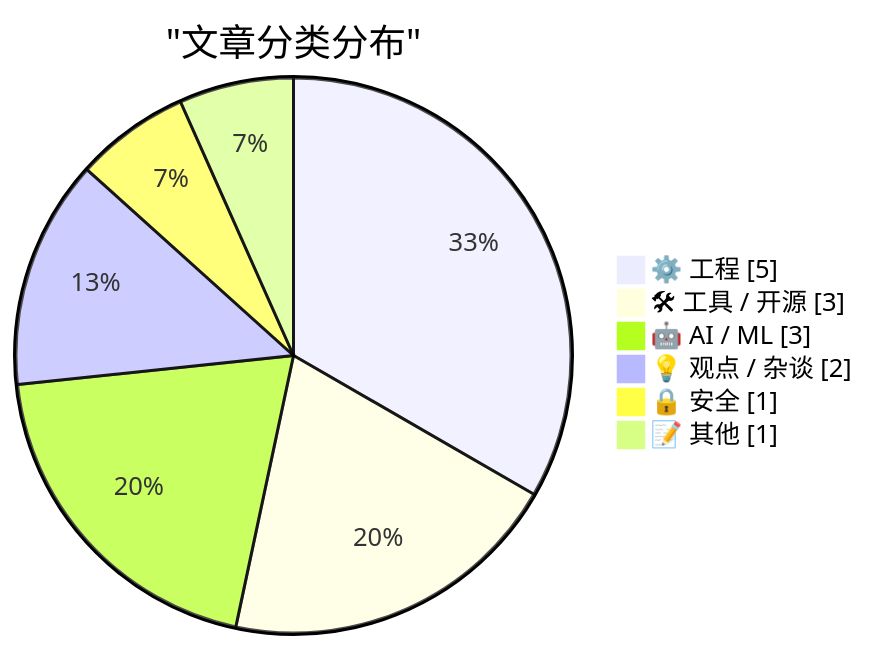
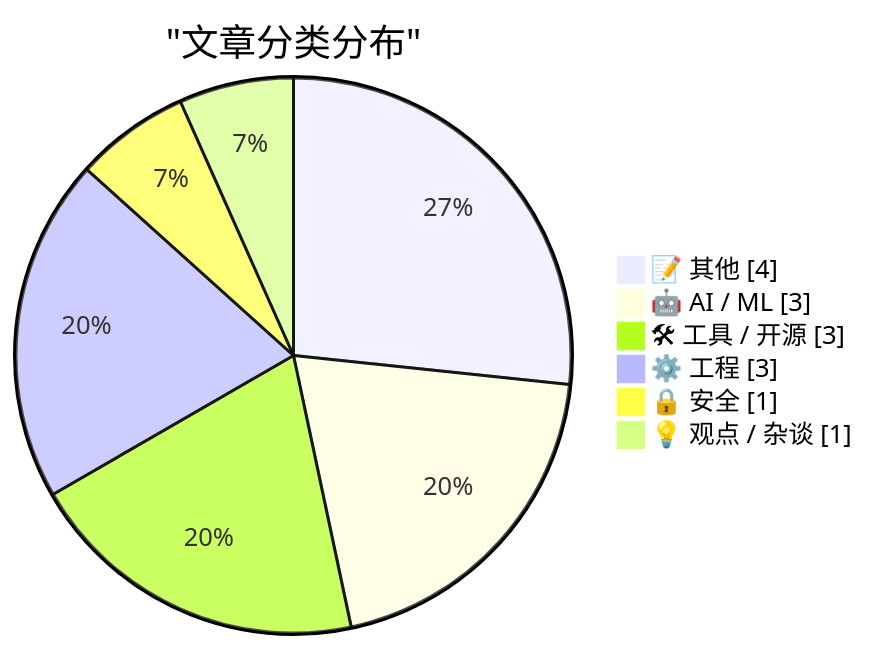
Before and after one commit to AlexJJ009/ai-daily-digest-v2: the first of 2 diagrams in docs/digest-20260815.md, drawn with Mermaid. The commit also changed other lines of this file and 2 other files, not shown here.

````diff
--- a/docs/digest-20260815.md
+++ b/docs/digest-20260815.md
@@ -53,10 +53,10 @@
 ```mermaid
 pie showData
     title "文章分类分布"
-    "⚙️ 工程" : 5
+    "📝 其他" : 4
+    "🤖 AI / ML" : 3
     "🛠 工具 / 开源" : 3
-    "🤖 AI / ML" : 3
-    "💡 观点 / 杂谈" : 2
+    "⚙️ 工程" : 3
     "🔒 安全" : 1
-    "📝 其他" : 1
+    "💡 观点 / 杂谈" : 1
 ```
````
